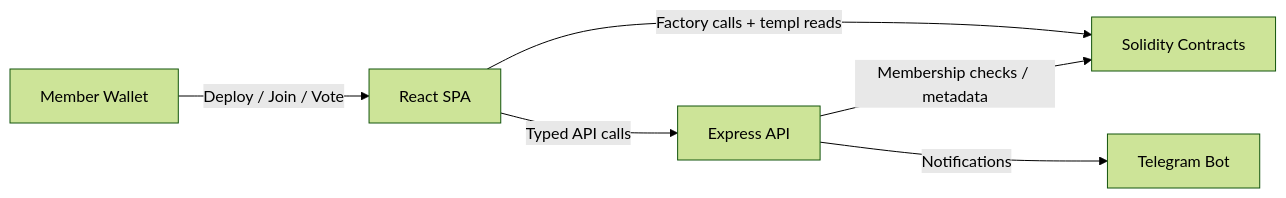
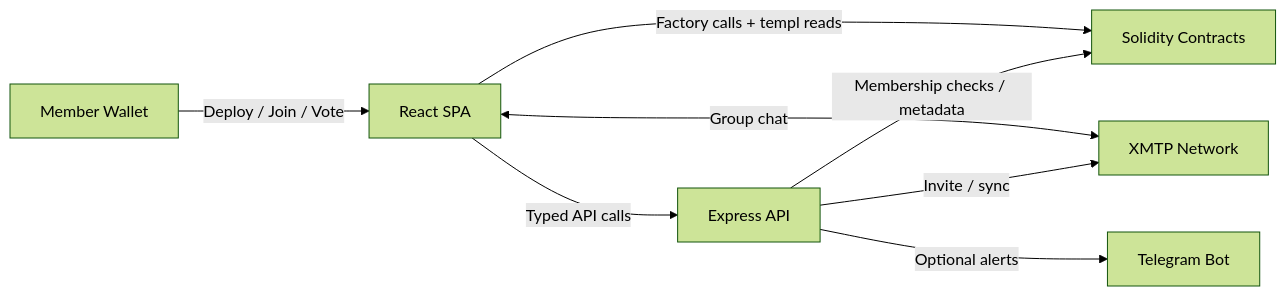
The diagram in README.md (templ-fun/evm-protocol), drawn with Mermaid (forest theme) before and after one commit. The commit also changed other lines of this file and 74 other files, not shown here.

````diff
--- a/README.md
+++ b/README.md
@@ -18,8 +18,10 @@
 ```mermaid
 flowchart LR
   wallet[Member Wallet] -->|Deploy / Join / Vote| frontend[React SPA]
   frontend -->|Factory calls + templ reads| contracts[Solidity Contracts]
   frontend -->|Typed API calls| backend[Express API]
   backend -->|Membership checks / metadata| contracts
-  backend -->|Notifications| telegram[Telegram Bot]
+  frontend <-->|Group chat| xmtp[XMTP Network]
+  backend -->|Invite / sync| xmtp
+  backend -->|Optional alerts| telegram[Telegram Bot]
 ```
````
